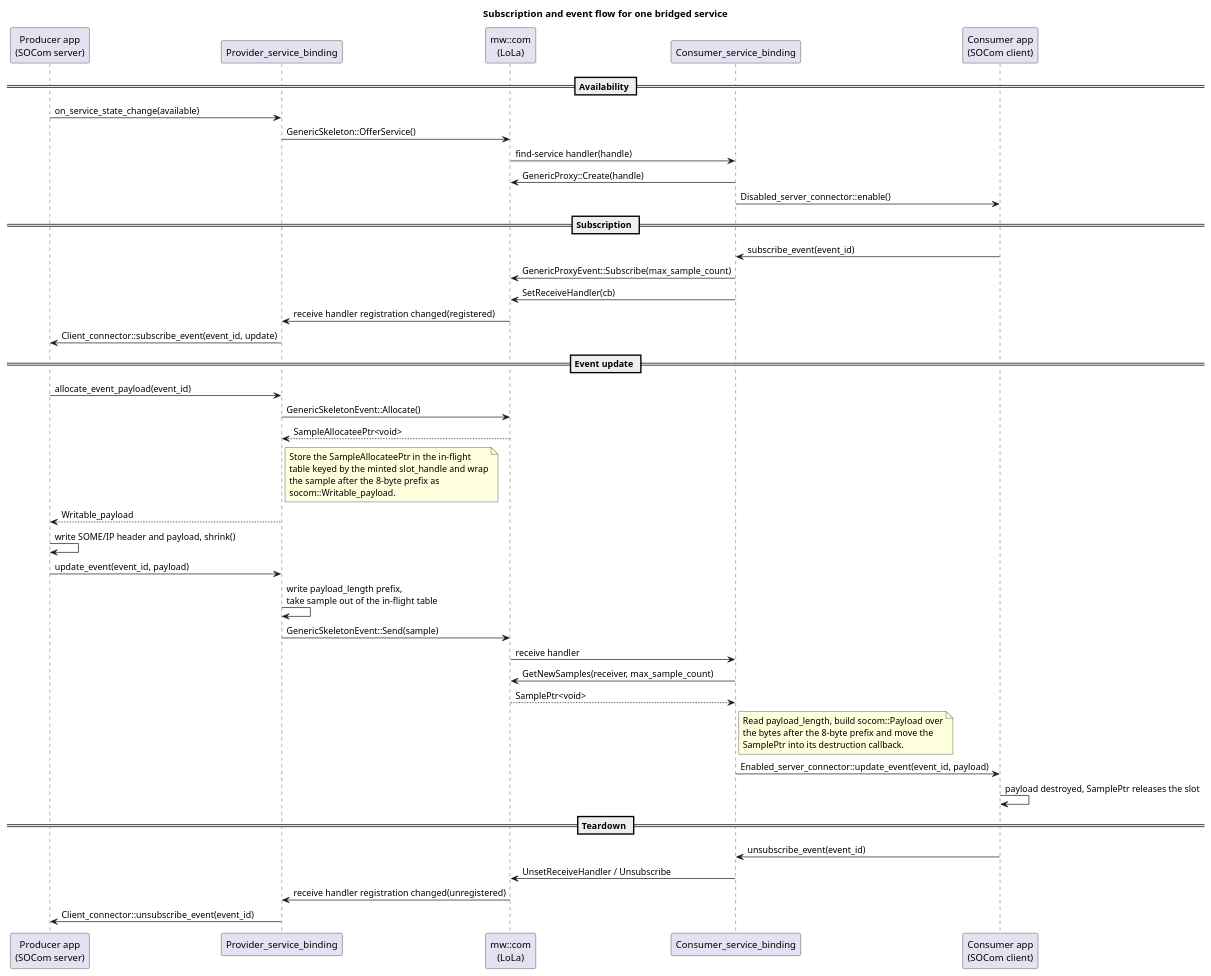
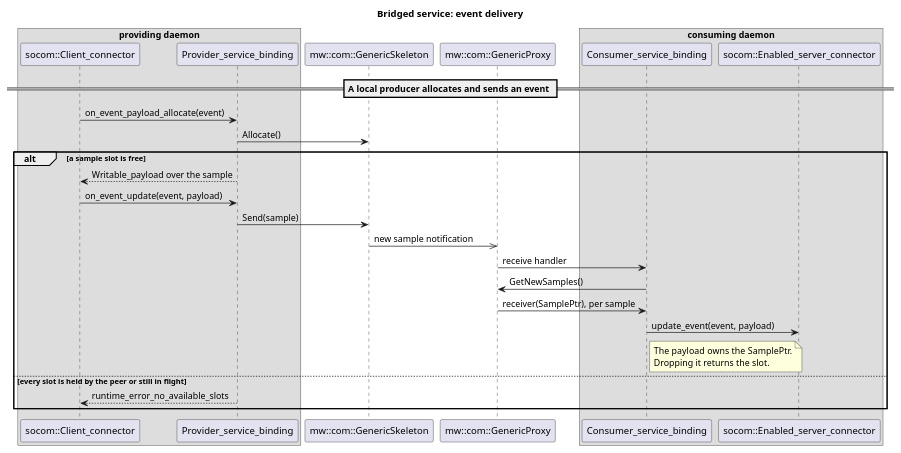
The diagram in score/gateway_ipc_binding/docs/models/mw_com_event_flow.puml (bgsw-contrib/score_inc_someip_gateway), drawn with PlantUML before and after one commit. The commit also changed 5 other files, not shown here.

First line of the commit message:
docs: Clarify mw::com startup and event sequence diagrams (#346)

```diff
--- a/score/gateway_ipc_binding/docs/models/mw_com_event_flow.puml
+++ b/score/gateway_ipc_binding/docs/models/mw_com_event_flow.puml
@@ -14,56 +14,31 @@
-@startuml
-title Subscription and event flow for one bridged service
+@startuml mw_com_event_flow
+title Bridged service: event delivery
 
-participant "Producer app\n(SOCom server)" as prod
+box "providing daemon"
+participant "socom::Client_connector" as client_connector
 participant "Provider_service_binding" as provider
-participant "mw::com\n(LoLa)" as mwcom
+end box
+participant "mw::com::GenericSkeleton" as skeleton
+participant "mw::com::GenericProxy" as proxy
+box "consuming daemon"
 participant "Consumer_service_binding" as consumer
-participant "Consumer app\n(SOCom client)" as cons
+participant "socom::Enabled_server_connector" as server_connector
+end box
 
-== Availability ==
-prod -> provider : on_service_state_change(available)
-provider -> mwcom : GenericSkeleton::OfferService()
-mwcom -> consumer : find-service handler(handle)
-consumer -> mwcom : GenericProxy::Create(handle)
-consumer -> cons : Disabled_server_connector::enable()
-
-== Subscription ==
-cons -> consumer : subscribe_event(event_id)
-consumer -> mwcom : GenericProxyEvent::Subscribe(max_sample_count)
-consumer -> mwcom : SetReceiveHandler(cb)
-mwcom -> provider : receive handler registration changed(registered)
-provider -> prod : Client_connector::subscribe_event(event_id, update)
-
-== Event update ==
-prod -> provider : allocate_event_payload(event_id)
-provider -> mwcom : GenericSkeletonEvent::Allocate()
-mwcom --> provider : SampleAllocateePtr<void>
-note right of provider
-  Store the SampleAllocateePtr in the in-flight
-  table keyed by the minted slot_handle and wrap
-  the sample after the 8-byte prefix as
-  socom::Writable_payload.
-end note
-provider --> prod : Writable_payload
-prod -> prod : write SOME/IP header and payload, shrink()
-prod -> provider : update_event(event_id, payload)
-provider -> provider : write payload_length prefix,\ntake sample out of the in-flight table
-provider -> mwcom : GenericSkeletonEvent::Send(sample)
-
-mwcom -> consumer : receive handler
-consumer -> mwcom : GetNewSamples(receiver, max_sample_count)
-mwcom --> consumer : SamplePtr<void>
-note right of consumer
-  Read payload_length, build socom::Payload over
-  the bytes after the 8-byte prefix and move the
-  SamplePtr into its destruction callback.
-end note
-consumer -> cons : Enabled_server_connector::update_event(event_id, payload)
-cons -> cons : payload destroyed, SamplePtr releases the slot
-
-== Teardown ==
-cons -> consumer : unsubscribe_event(event_id)
-consumer -> mwcom : UnsetReceiveHandler / Unsubscribe
-mwcom -> provider : receive handler registration changed(unregistered)
-provider -> prod : Client_connector::unsubscribe_event(event_id)
+== A local producer allocates and sends an event ==
+client_connector -> provider : on_event_payload_allocate(event)
+provider -> skeleton : Allocate()
+alt a sample slot is free
+  provider --> client_connector : Writable_payload over the sample
+  client_connector -> provider : on_event_update(event, payload)
+  provider -> skeleton : Send(sample)
+  skeleton ->> proxy : new sample notification
+  proxy -> consumer : receive handler
+  consumer -> proxy : GetNewSamples()
+  proxy -> consumer : receiver(SamplePtr), per sample
+  consumer -> server_connector : update_event(event, payload)
+  note right of consumer : The payload owns the SamplePtr.\nDropping it returns the slot.
+else every slot is held by the peer or still in flight
+  provider --> client_connector : runtime_error_no_available_slots
+end
 @enduml
```
